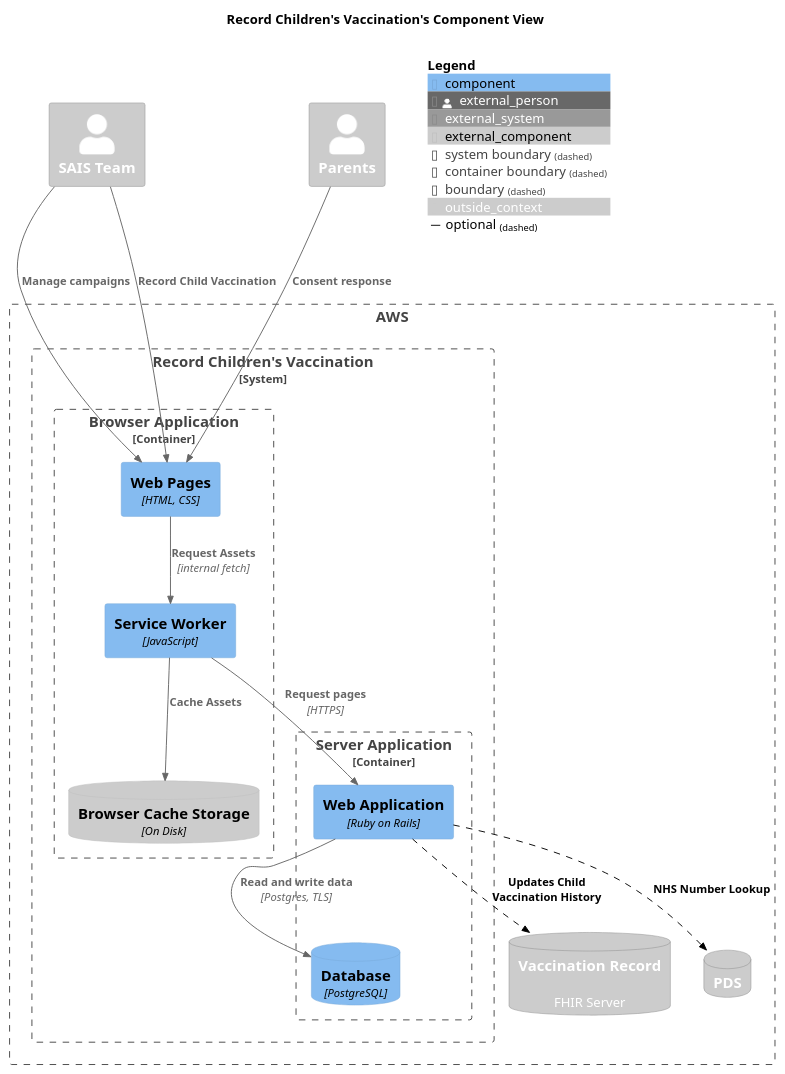
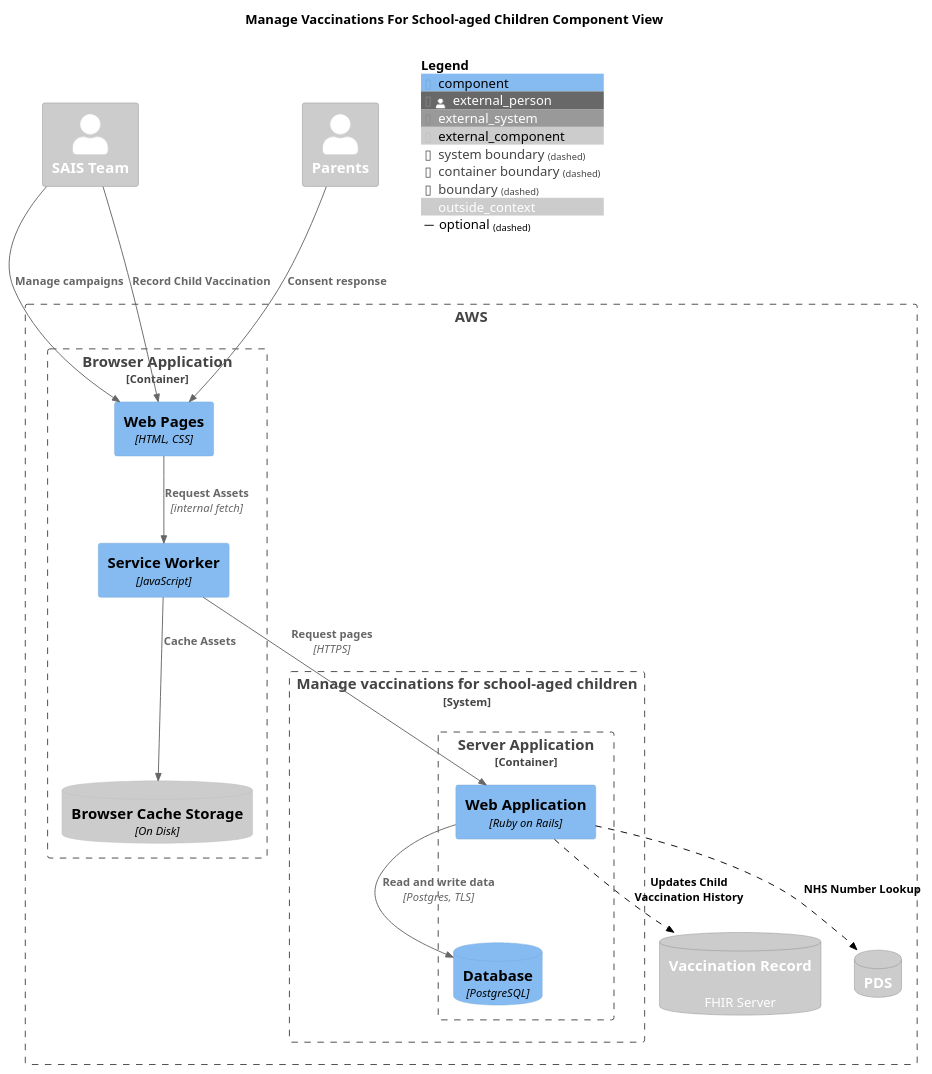
One commit to nhsuk/manage-vaccinations-in-schools changed the diagram in docs/diagrams/component-view.puml. Above: the diagram before and after it, drawn with PlantUML. The commit also changed 14 other files, not shown here.

Commit message:
Rename record to manage

```diff
--- a/docs/diagrams/component-view.puml
+++ b/docs/diagrams/component-view.puml
@@ -1,49 +1,49 @@
 @startuml
 
 !include <C4/C4_Component.puml>
 
 LAYOUT_TOP_DOWN()
 
-title "Record Children's Vaccination's Component View"
+title "Manage Vaccinations For School-aged Children Component View"
 
 AddElementTag("outside_context", $bgColor="#CCC", $fontColor="#FFF")
 
 Person_Ext(sais, "SAIS Team", $tags="outside_context")
 Person_Ext(parents, "Parents", $tags="outside_context")
 
 Boundary(aws, "AWS") {
-  System_Boundary(record, "Record Children's Vaccination", "") {
     Container_Boundary(browser, "Browser Application", "JavaScript") {
       Component(pages, "Web Pages", "HTML, CSS")
       Component(serviceWorker, "Service Worker", "JavaScript")
       ComponentDb_Ext(cacheStorage, "Browser Cache Storage", "On Disk")
     }
+  System_Boundary(manage, "Manage vaccinations for school-aged children", "") {
     Container_Boundary(server, "Server Application", "Ruby on Rails") {
       Component(webapp, "Web Application", "Ruby on Rails")
       ComponentDb(database, "Database", "PostgreSQL")
     }
   }
 
   SystemDb_Ext(vaccineRecord, "Vaccination Record", "FHIR Server")
   SystemDb_Ext(pds, "PDS", "")
 }
 
 SystemDb_Ext(vaccineRecord, "Vaccination Record", "FHIR Server", $tags="outside_context")
 SystemDb_Ext(pds, "PDS", "", $tags="outside_context")
 
 AddRelTag("optional", $textColor="black", $lineColor="black", $lineStyle="dashed")
 
 Rel(sais, pages, "Manage campaigns")
 Rel(sais, pages, "Record Child Vaccination")
 Rel(parents, pages, "Consent response")
 Rel(pages, serviceWorker, "Request Assets", "internal fetch")
 Rel(serviceWorker, cacheStorage, "Cache Assets")
 Rel(serviceWorker, webapp, "Request pages", "HTTPS")
 Rel(webapp, database, "Read and write data", "Postgres, TLS")
 Rel(webapp, vaccineRecord, "Updates Child Vaccination History", $tags="optional")
 Rel(webapp, pds, "NHS Number Lookup", $tags="optional")
 
 
 SHOW_FLOATING_LEGEND()
 
 @enduml
```
